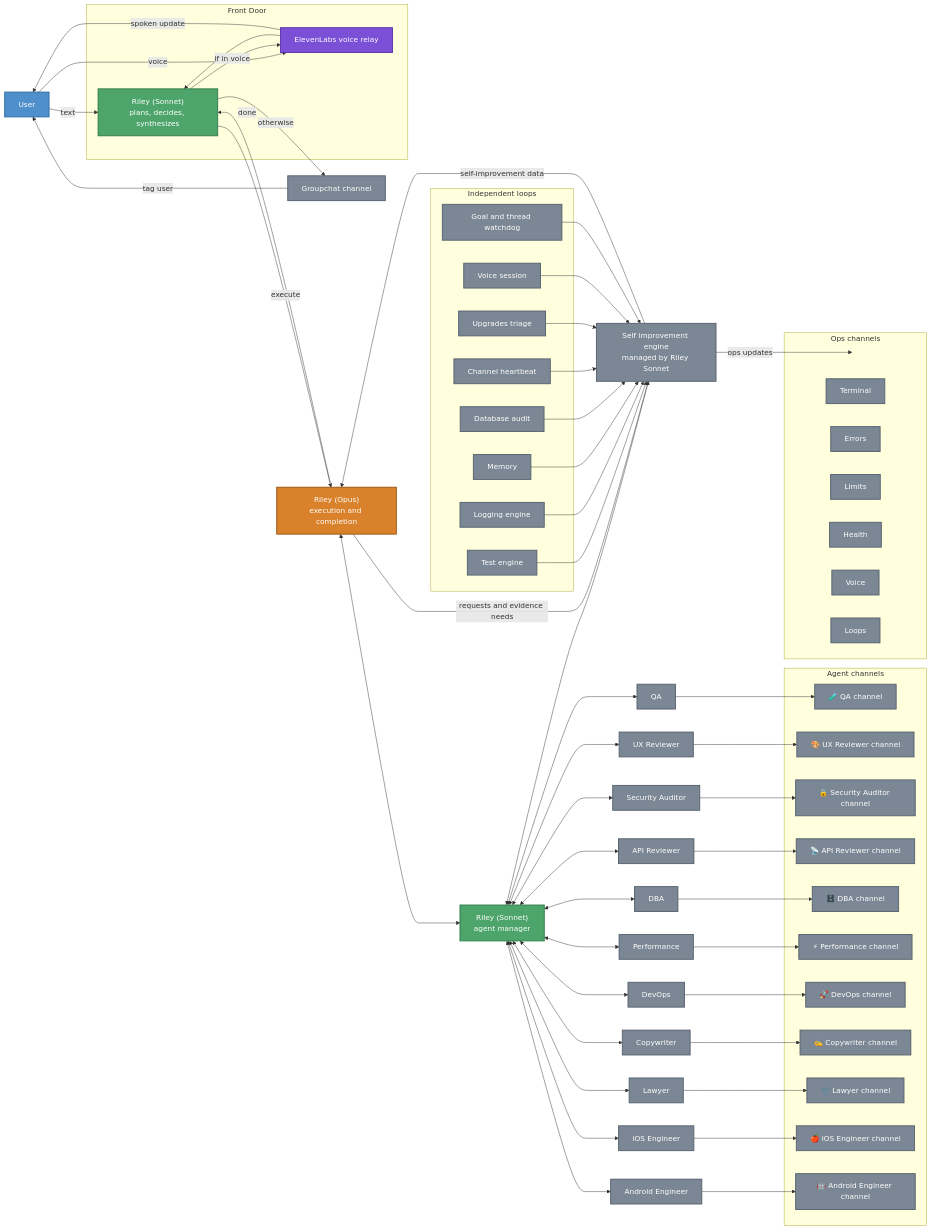
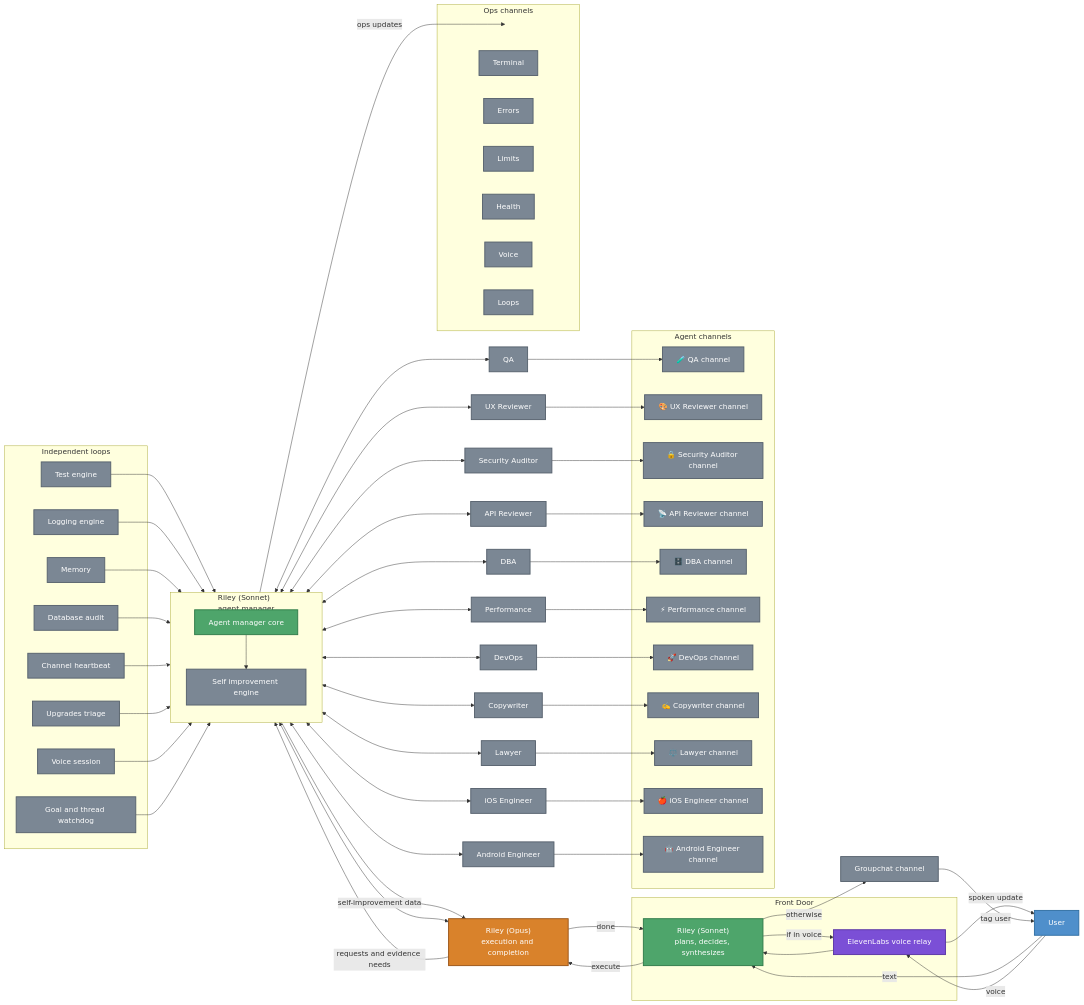
Before and after one commit to jflessenkemper/ASAP-discord: the diagram in README.md, drawn with Mermaid. The commit also changed other lines of this file and 2 other files, not shown here.

Commit message:
Clarify self-improvement manager ownership

````diff
--- a/README.md
+++ b/README.md
@@ -35,8 +35,6 @@
     User[User]
     Opus["Riley (Opus)<br/>execution and completion"]
     Groupchat[Groupchat channel]
-    SelfImproveEngine["Self improvement engine<br/>managed by Riley Sonnet"]
-    AgentManager["Riley (Sonnet)<br/>agent manager"]
     QAAgent[QA]
     UXAgent[UX Reviewer]
     SecurityAgent[Security Auditor]
@@ -52,6 +50,13 @@
     subgraph FrontDoor[Front Door]
         Riley["Riley (Sonnet)<br/>plans, decides, synthesizes"]
         Voice[ElevenLabs voice relay]
+    end
+
+    subgraph AgentManager["Riley (Sonnet)<br/>agent manager"]
+        direction TB
+        AgentManagerCore[Agent manager core]
+        SelfImproveEngine[Self improvement engine]
+        AgentManagerCore --> SelfImproveEngine
     end
 
     subgraph AgentChannels[Agent channels]
@@ -93,19 +98,18 @@
     User -->|voice| Voice
     Voice --> Riley
     Riley -->|execute| Opus
-    Opus <--> AgentManager
-    AgentManager <--> SelfImproveEngine
-    AgentManager <--> QAAgent
-    AgentManager <--> UXAgent
-    AgentManager <--> SecurityAgent
-    AgentManager <--> APIAgent
-    AgentManager <--> DBAAgent
-    AgentManager <--> PerformanceAgent
-    AgentManager <--> DevOpsAgent
-    AgentManager <--> CopywriterAgent
-    AgentManager <--> LawyerAgent
-    AgentManager <--> IOSAgent
-    AgentManager <--> AndroidAgent
+    Opus <--> AgentManagerCore
+    AgentManagerCore <--> QAAgent
+    AgentManagerCore <--> UXAgent
+    AgentManagerCore <--> SecurityAgent
+    AgentManagerCore <--> APIAgent
+    AgentManagerCore <--> DBAAgent
+    AgentManagerCore <--> PerformanceAgent
+    AgentManagerCore <--> DevOpsAgent
+    AgentManagerCore <--> CopywriterAgent
+    AgentManagerCore <--> LawyerAgent
+    AgentManagerCore <--> IOSAgent
+    AgentManagerCore <--> AndroidAgent
     QAAgent --> QAChan
     UXAgent --> UXChan
     SecurityAgent --> SecurityChan
@@ -146,6 +150,6 @@
     class Groupchat,SelfImproveEngine,QAAgent,UXAgent,SecurityAgent,APIAgent,DBAAgent,PerformanceAgent,DevOpsAgent,CopywriterAgent,LawyerAgent,IOSAgent,AndroidAgent,QAChan,UXChan,SecurityChan,APIChan,DBAChan,PerformanceChan,DevOpsChan,CopywriterChan,LawyerChan,IOSChan,AndroidChan,TestEngine,LoggingEngine,MemoryLoop,DatabaseAudit,ChannelHeartbeat,UpgradesTriage,VoiceSession,GoalWatchdog,TerminalCh,ErrorsCh,LimitsCh,HealthCh,VoiceCh,LoopsCh surface;
     class Voice voice;
     class Opus opus;
-    class AgentManager riley;
+    class AgentManagerCore riley;
     class OpsHub hidden;
 ```
````
